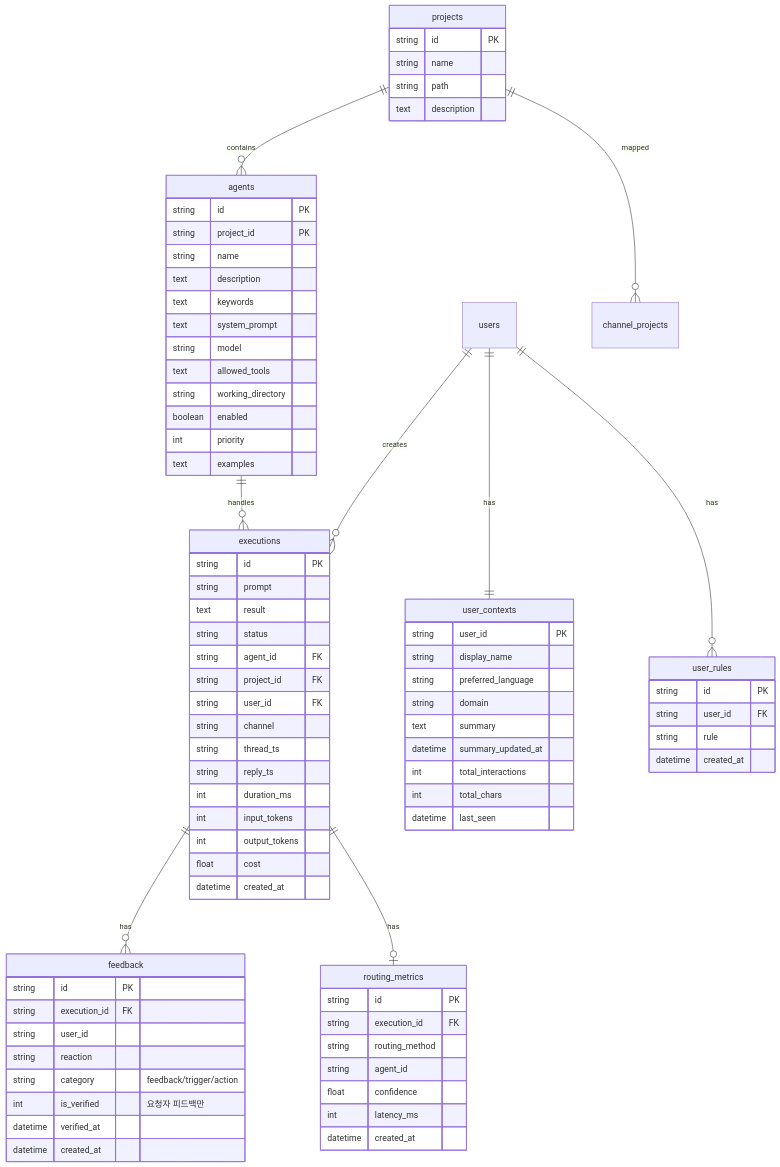
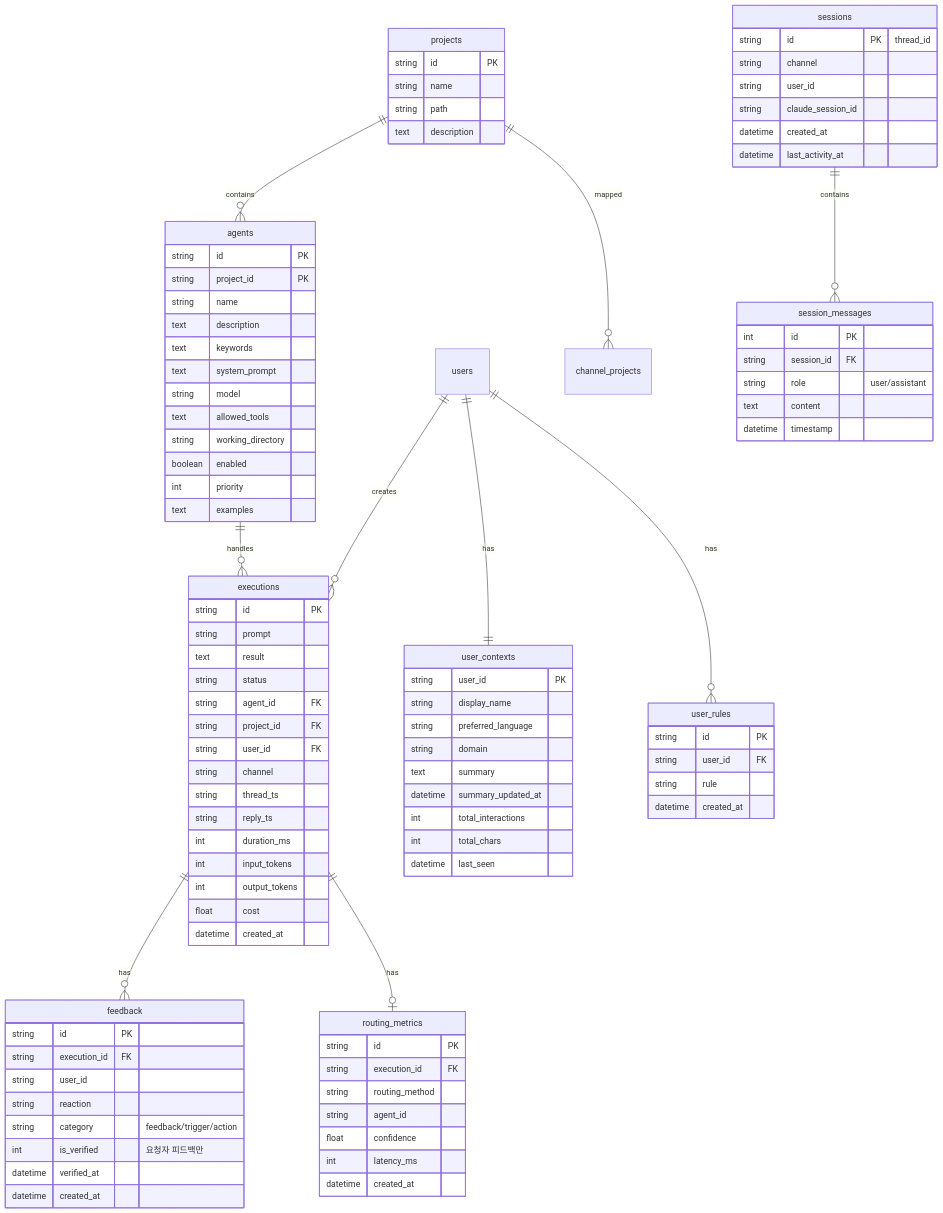
One commit to Gyeom/claude-flow changed the sixth of 20 diagrams in docs/ARCHITECTURE.md. Above: the diagram before and after it, drawn with Mermaid. The commit also changed other lines of this file and 7 other files, not shown here.

````diff
--- a/docs/ARCHITECTURE.md
+++ b/docs/ARCHITECTURE.md
@@ -222,6 +222,7 @@
     agents ||--o{ executions : handles
     projects ||--o{ agents : contains
     projects ||--o{ channel_projects : mapped
+    sessions ||--o{ session_messages : contains
 
     executions {
         string id PK
@@ -302,4 +303,21 @@
         string path
         text description
     }
+
+    sessions {
+        string id PK "thread_id"
+        string channel
+        string user_id
+        string claude_session_id
+        datetime created_at
+        datetime last_activity_at
+    }
+
+    session_messages {
+        int id PK
+        string session_id FK
+        string role "user/assistant"
+        text content
+        datetime timestamp
+    }
 ```
````
